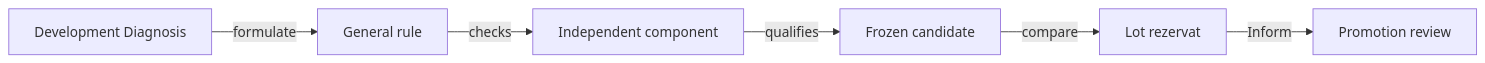
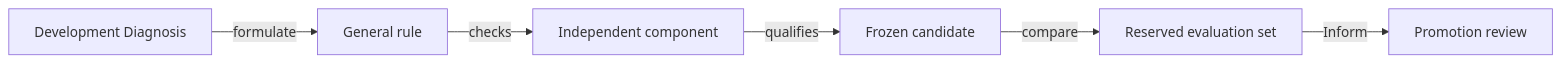
Before and after one commit to crististefanita/atf_j4: the diagram in docs/learning/README.md, drawn with Mermaid. The commit also changed other lines of this file and 126 other files, not shown here.

````diff
--- a/docs/learning/README.md
+++ b/docs/learning/README.md
@@ -51,8 +51,8 @@
 ```mermaid
 flowchart LR
     DIAG[Development Diagnosis] -->|formulate| RULE[General rule]
     RULE -->|checks| TEST[Independent component]
     TEST -->|qualifies| FREEZE[Frozen candidate]
-    FREEZE -->|compare| HELD[Lot rezervat]
+    FREEZE -->|compare| HELD[Reserved evaluation set]
     HELD -->|Inform| REVIEW[Promotion review]
 ```
````
